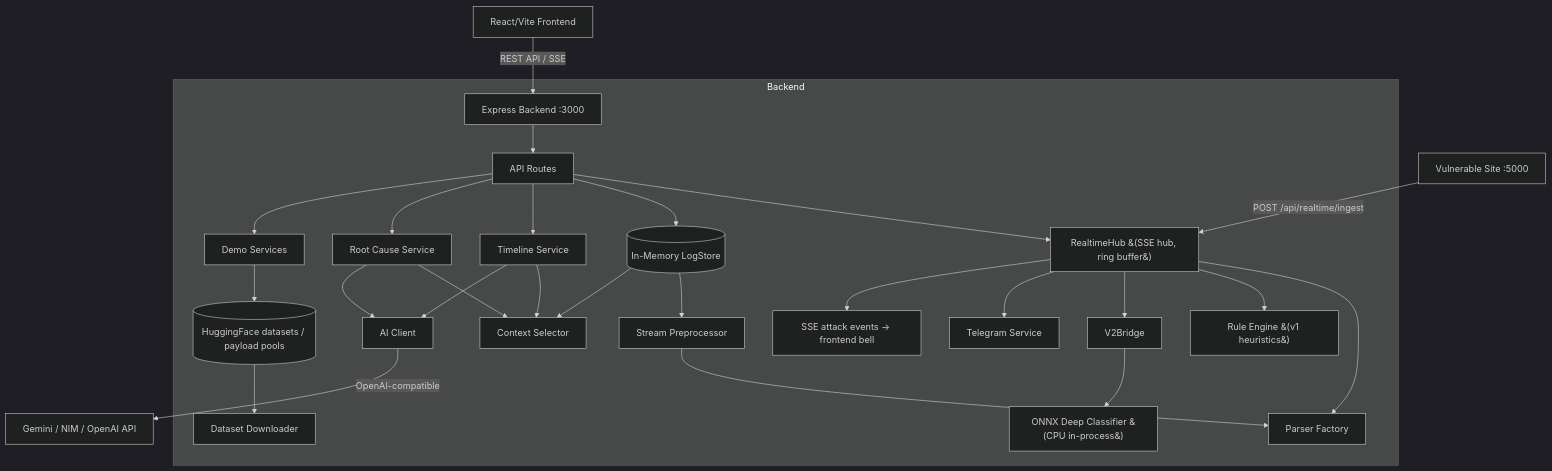
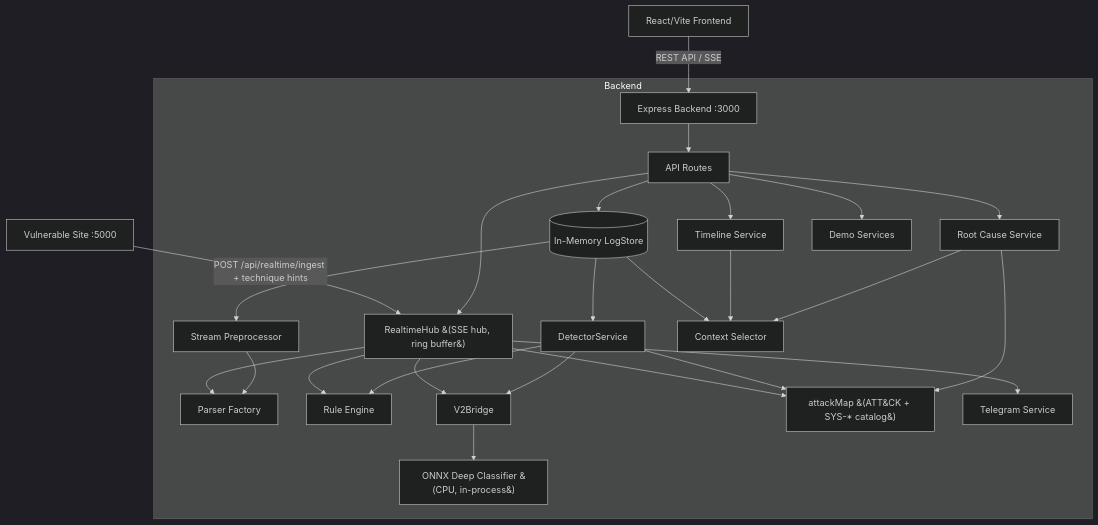
Before and after one commit to arnav-iwnl/AIzen: the diagram in docs/architecture.md, drawn with Mermaid (dark theme). The commit also changed other lines of this file and 87 other files, not shown here.

````diff
--- a/docs/architecture.md
+++ b/docs/architecture.md
@@ -7,34 +16,32 @@
 ```mermaid
 graph TD
-    Vuln[Vulnerable Site :5000] -->|POST /api/realtime/ingest| RealHub[RealtimeHub]
+    Vuln[Vulnerable Site :5000] -->|POST /api/realtime/ingest + technique hints| RealHub[RealtimeHub]
     Client[React/Vite Frontend] -->|REST API / SSE| Express[Express Backend :3000]
 
     subgraph Backend
         Express --> Routes[API Routes]
         Routes --> RealHub[RealtimeHub &#40;SSE hub, ring buffer&#41;]
         Routes --> LogStore[(In-Memory LogStore)]
         Routes --> TimelineService[Timeline Service]
         Routes --> RootCauseService[Root Cause Service]
         Routes --> Demo[Demo Services]
 
         RealHub --> Parsers[Parser Factory]
-        RealHub --> Rules[Rule Engine &#40;v1 heuristics&#41;]
+        RealHub --> Rules[Rule Engine]
         RealHub --> V2[V2Bridge]
-        V2 --> ONNX[ONNX Deep Classifier &#40;CPU in-process&#41;]
+        V2 --> ONNX[ONNX Deep Classifier &#40;CPU, in-process&#41;]
+        RealHub --> Mitre[attackMap &#40;ATT&CK + SYS-* catalog&#41;]
         RealHub --> Telegram[Telegram Service]
-        RealHub --> BellNotifications[SSE attack events -> frontend bell]
 
         LogStore --> Preprocessor[Stream Preprocessor]
         Preprocessor --> Parsers
+        LogStore --> Detector[DetectorService]
+        Detector --> Rules
+        Detector --> V2
+        Detector --> Mitre
         LogStore --> ContextSelector[Context Selector]
         TimelineService --> ContextSelector
         RootCauseService --> ContextSelector
-        TimelineService --> AIClient[AI Client]
-        RootCauseService --> AIClient
-
-        Demo --> Datasets[(HuggingFace datasets / payload pools)]
-        Datasets --> DatasetDownloader[Dataset Downloader]
+        RootCauseService --> Mitre
     end
-
-    AIClient -->|OpenAI-compatible| LLM[Gemini / NIM / OpenAI API]
 ```
````
